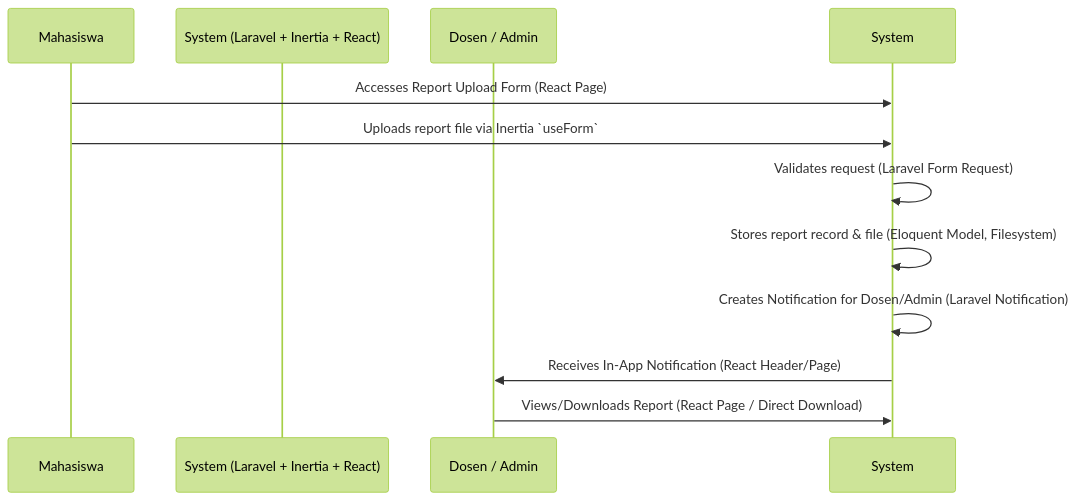
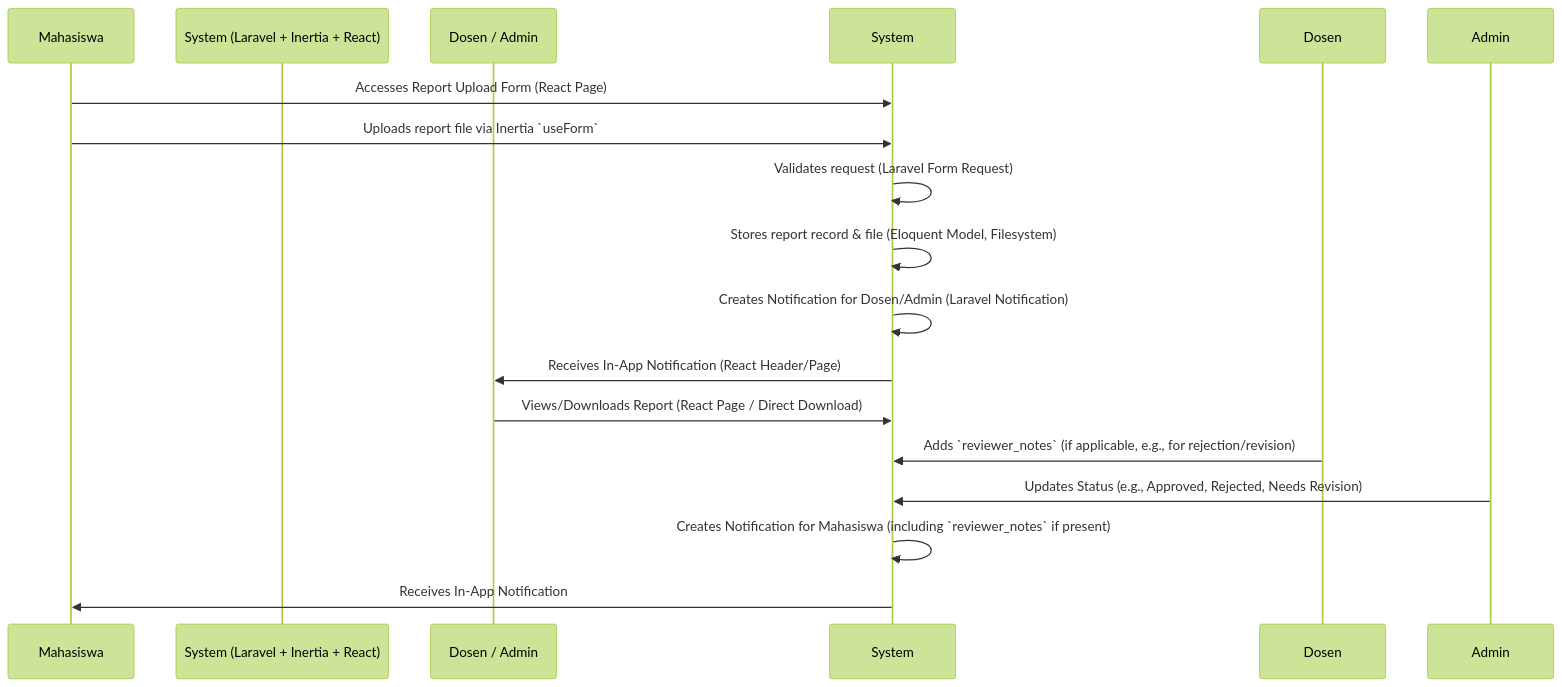
The third of 4 diagrams in memory-bank/systemPatterns.md (NeddyAP/manajemen-magang), drawn with Mermaid (forest theme) before and after one commit. The commit also changed 3 other files, not shown here.

Commit message:
Enhance Dosen feedback process: clarify `reviewer_notes` usage and revision uploads in documentation and system flows.

````diff
--- a/memory-bank/systemPatterns.md
+++ b/memory-bank/systemPatterns.md
@@ -48,15 +48,18 @@
 ```mermaid
 sequenceDiagram
     participant Mahasiswa
     participant System (Laravel + Inertia + React)
     participant Dosen / Admin
 
     Mahasiswa->>System: Accesses Report Upload Form (React Page)
     Mahasiswa->>System: Uploads report file via Inertia `useForm`
     System->>System: Validates request (Laravel Form Request)
     System->>System: Stores report record & file (Eloquent Model, Filesystem)
     System->>System: Creates Notification for Dosen/Admin (Laravel Notification)
     System->>Dosen / Admin: Receives In-App Notification (React Header/Page)
     Dosen / Admin->>System: Views/Downloads Report (React Page / Direct Download)
-    %% Admin->>System: Updates Status (Future Enhancement)
+    Dosen->>System: Adds `reviewer_notes` (if applicable, e.g., for rejection/revision)
+    Admin->>System: Updates Status (e.g., Approved, Rejected, Needs Revision)
+    System->>System: Creates Notification for Mahasiswa (including `reviewer_notes` if present)
+    System->>Mahasiswa: Receives In-App Notification
 ```
````
